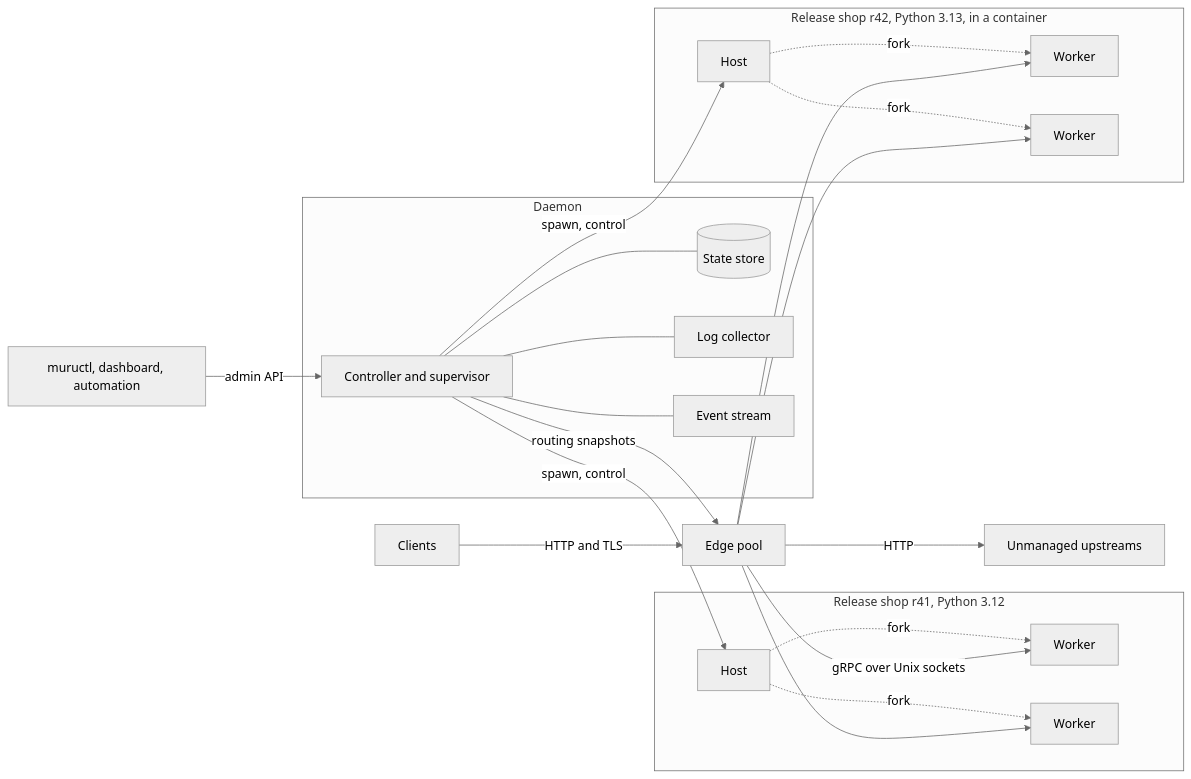
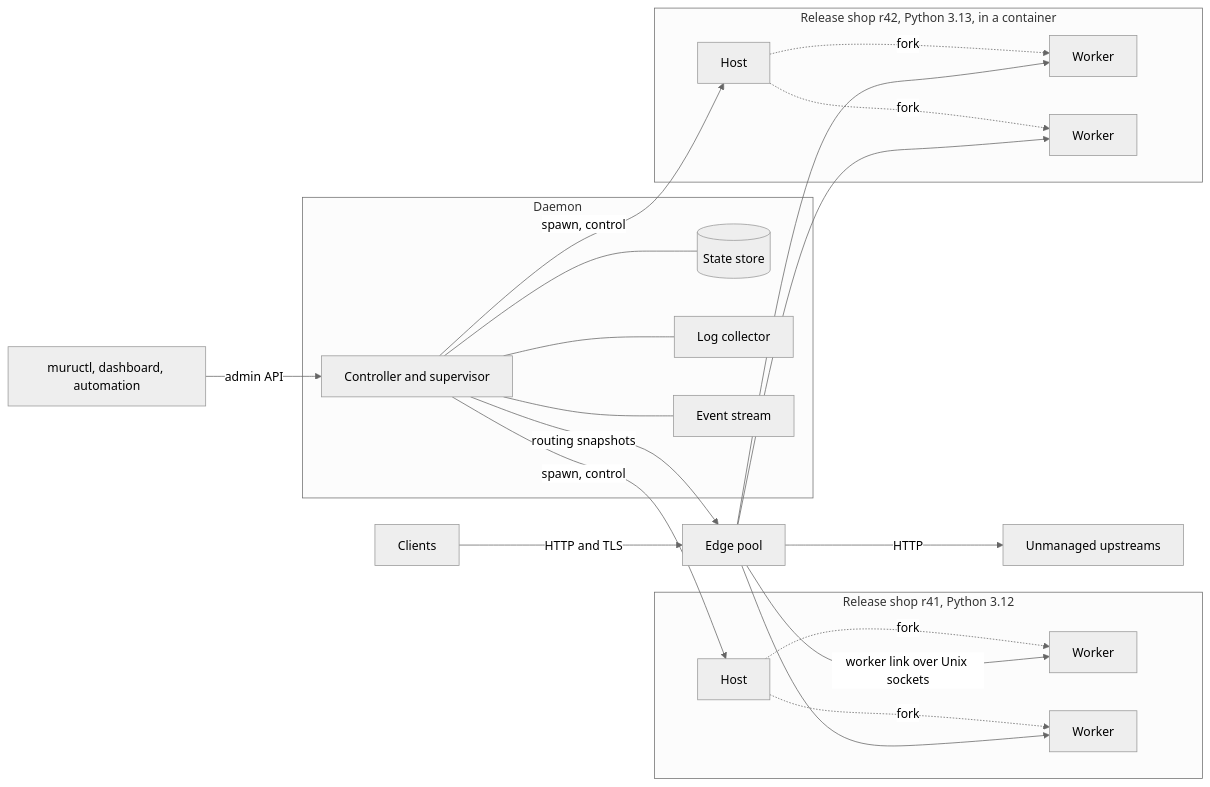
One commit to GrahamDumpleton/muru changed the first of 2 diagrams in docs/project/design/02-architecture.md. Above: the diagram before and after it, drawn with Mermaid (neutral theme). The commit also changed other lines of this file and 59 other files, not shown here.

First line of the commit message:
Phase 0 spike: the framed worker link, WSGI bridge and benchmark harness (#28)

````diff
--- a/docs/project/design/02-architecture.md
+++ b/docs/project/design/02-architecture.md
@@ -16,30 +16,30 @@
 ```mermaid
 flowchart LR
   CL[Clients] -->|HTTP and TLS| EDGE[Edge pool]
   OPS[muructl, dashboard, automation] -->|admin API| D
   subgraph CP [Daemon]
     D[Controller and supervisor]
     ST[(State store)]
     LC[Log collector]
     EV[Event stream]
     D --- ST
     D --- LC
     D --- EV
   end
   D -->|routing snapshots| EDGE
   D -->|spawn, control| H1
   D -->|spawn, control| H2
   subgraph R1 [Release shop r41, Python 3.12]
     H1[Host] -. fork .-> W1[Worker]
     H1 -. fork .-> W2[Worker]
   end
   subgraph R2 [Release shop r42, Python 3.13, in a container]
     H2[Host] -. fork .-> W3[Worker]
     H2 -. fork .-> W4[Worker]
   end
-  EDGE -->|gRPC over Unix sockets| W1
+  EDGE -->|worker link over Unix sockets| W1
   EDGE --> W2
   EDGE --> W3
   EDGE --> W4
   EDGE -->|HTTP| UP[Unmanaged upstreams]
 ```
````
